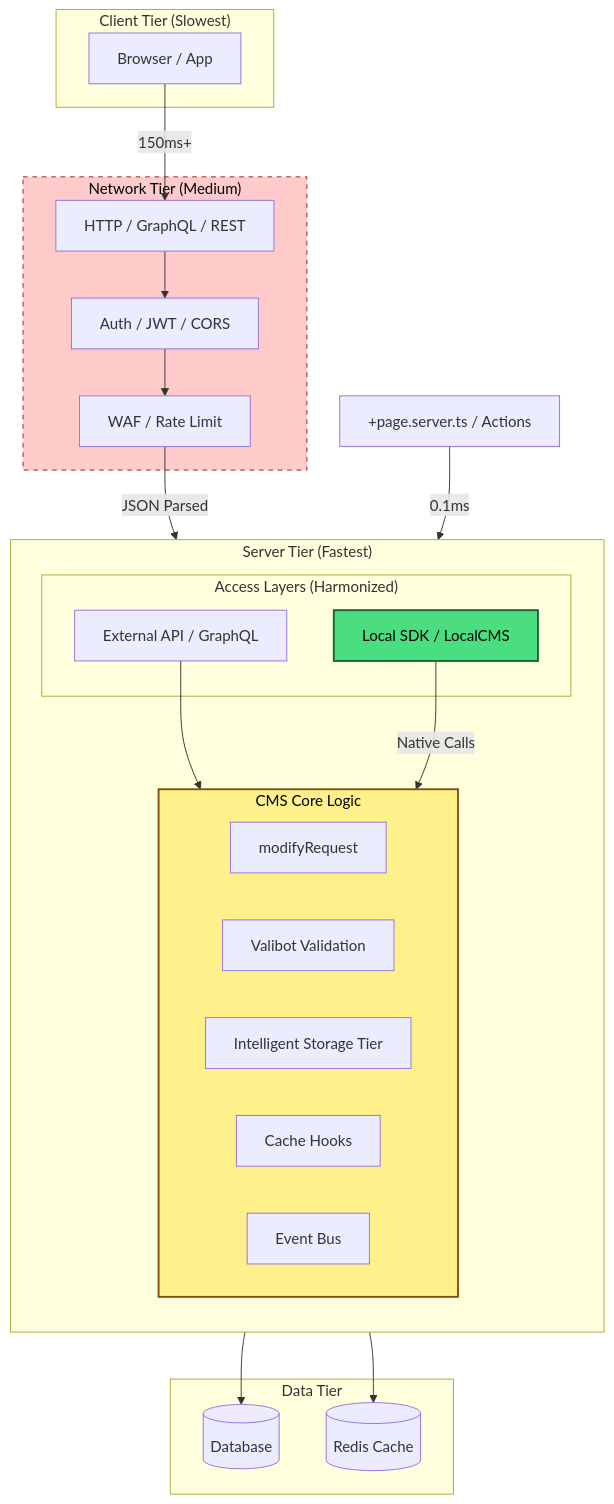
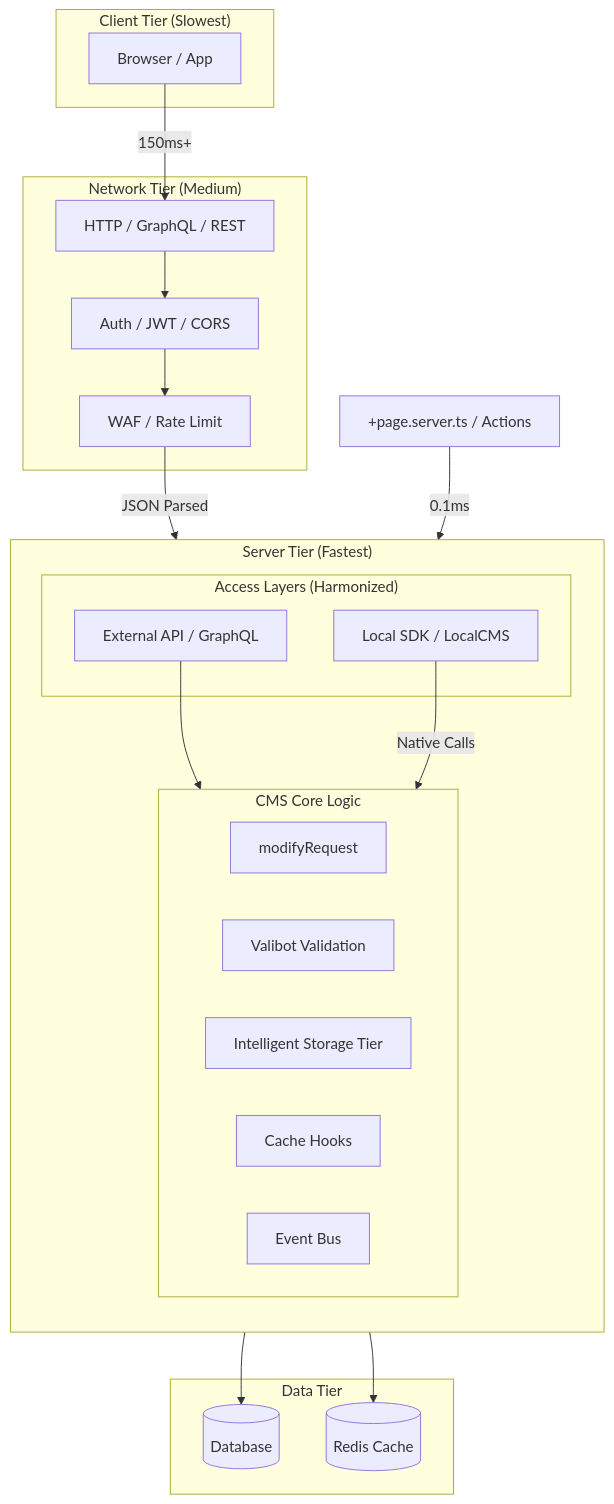
The diagram in docs/api/local-vs-http-api.mdx (SveltyCMS/SveltyCMS), drawn with Mermaid before and after one commit. The commit also changed 148 other files, not shown here.

````diff
--- a/docs/api/local-vs-http-api.mdx
+++ b/docs/api/local-vs-http-api.mdx
@@ -27,49 +27,47 @@
 ```mermaid
 graph TB
     subgraph Client["Client Tier (Slowest)"]
         CB[Browser / App]
     end
 
     subgraph Network["Network Tier (Medium)"]
         HTTP[HTTP / GraphQL / REST]
         Auth[Auth / JWT / CORS]
         Firewall[WAF / Rate Limit]
     end
 
     subgraph Server["Server Tier (Fastest)"]
         direction TB
         subgraph Logic["CMS Core Logic"]
             MC[modifyRequest]
             VB[Valibot Validation]
             IS[Intelligent Storage Tier]
             CH[Cache Hooks]
             EB[Event Bus]
         end
 
         subgraph API["Access Layers (Harmonized)"]
             EX[External API / GraphQL]
             SDK[Local SDK / LocalCMS]
         end
     end
 
     subgraph Data["Data Tier"]
         DB[(Database)]
         RD[(Redis Cache)]
     end
 
     CB -->|150ms+| HTTP
     HTTP --> Auth
     Auth --> Firewall
     Firewall -->|JSON Parsed| EX
     EX --> Logic
 
     Server_Load[+page.server.ts / Actions] -->|0.1ms| SDK
     SDK -->|Native Calls| Logic
 
     Logic --> DB
     Logic --> RD
 
-    style SDK fill:#4ade80,stroke:#166534,stroke-width:2px,color:#000
-    style Logic fill:#fef08a,stroke:#854d0e,stroke-width:2px,color:#000
-    style Network fill:#fecaca,stroke:#991b1b,stroke-dasharray: 5 5,color:#000
+
 ```
````
